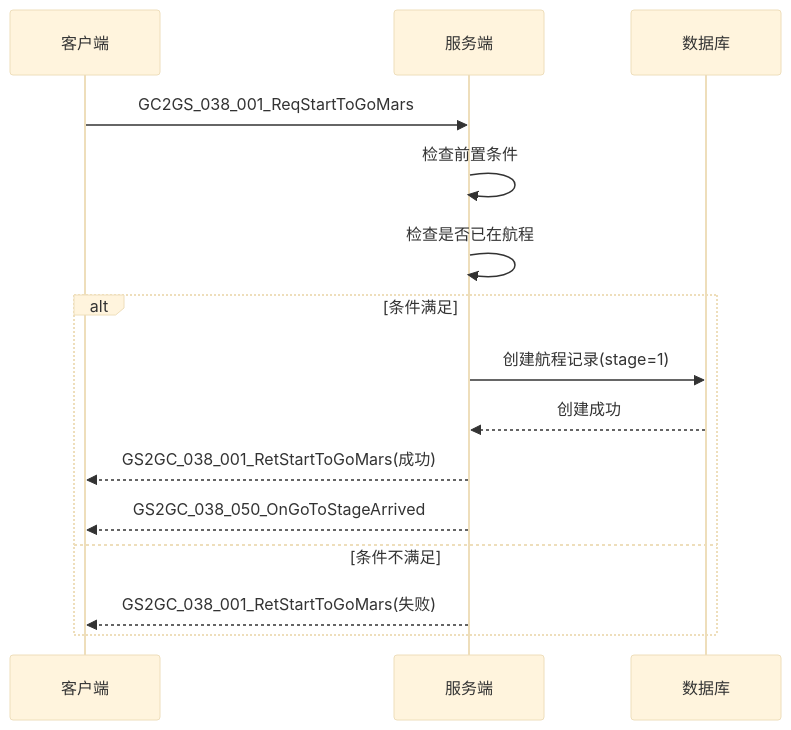
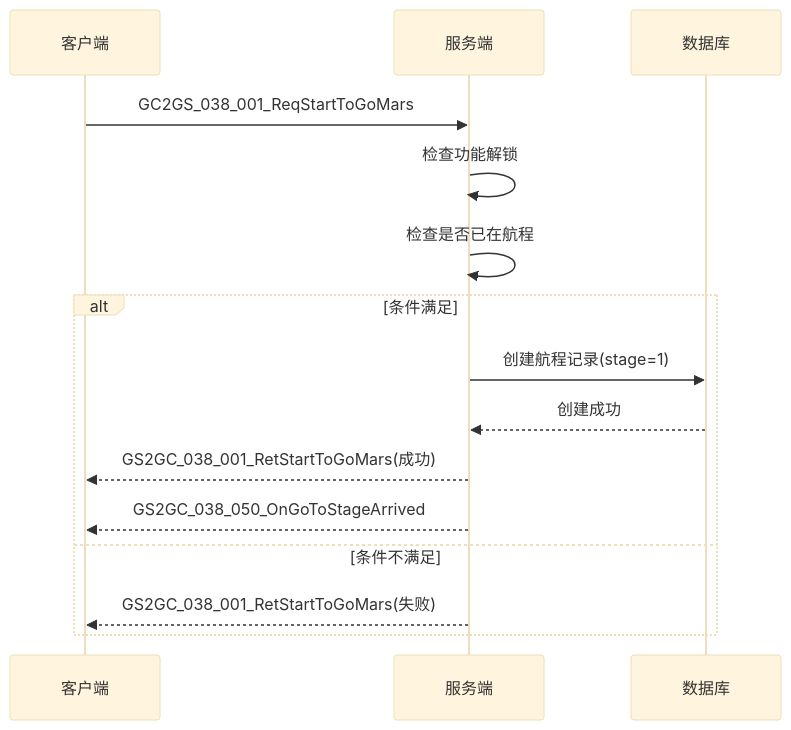
The third of 6 diagrams in docs/Module_Mars/02_协议文档.md (Alan-Ben/k2c_game_framework), drawn with Mermaid (base theme) before and after one commit. The commit also changed other lines of this file and 6 other files, not shown here.

````diff
--- a/docs/Module_Mars/02_协议文档.md
+++ b/docs/Module_Mars/02_协议文档.md
@@ -437,19 +939,19 @@
 ```mermaid
 sequenceDiagram
     participant C as 客户端
     participant S as 服务端
     participant D as 数据库
 
     C->>S: GC2GS_038_001_ReqStartToGoMars
-    S->>S: 检查前置条件
+    S->>S: 检查功能解锁
     S->>S: 检查是否已在航程
 
     alt 条件满足
         S->>D: 创建航程记录(stage=1)
         D-->>S: 创建成功
         S-->>C: GS2GC_038_001_RetStartToGoMars(成功)
         S-->>C: GS2GC_038_050_OnGoToStageArrived
     else 条件不满足
         S-->>C: GS2GC_038_001_RetStartToGoMars(失败)
     end
 ```
````
